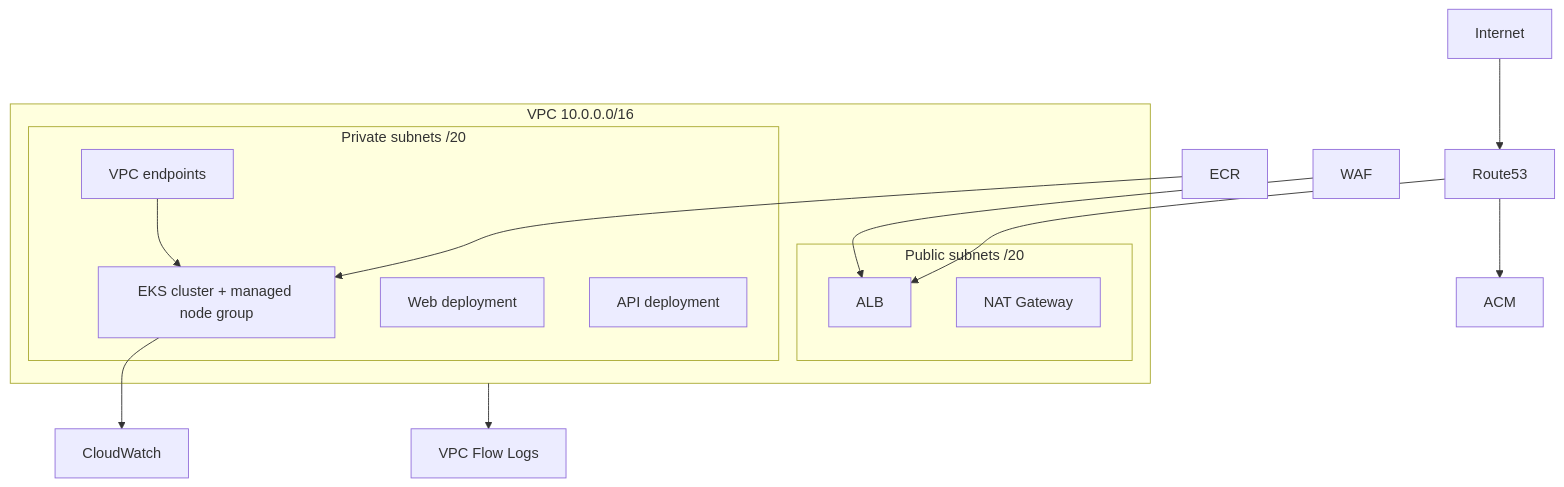
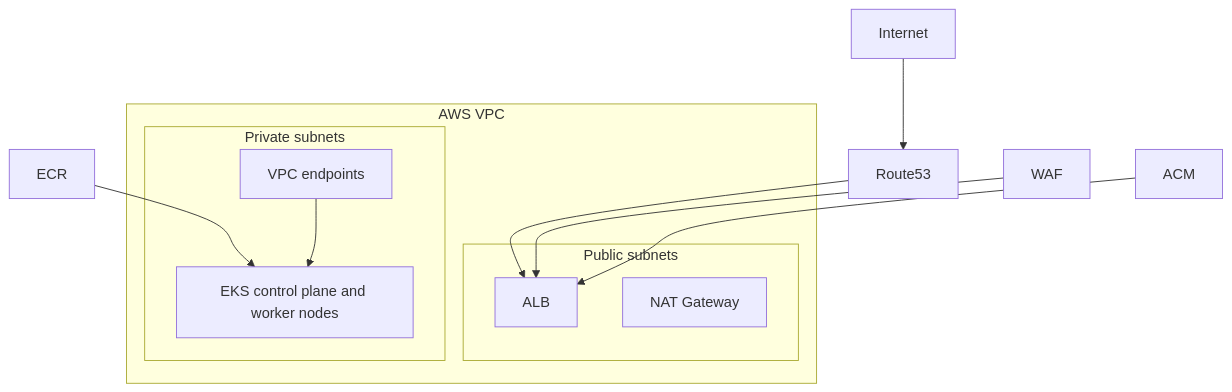
Before and after one commit to yrachakonda/nodejs-weather-docker-poc: the second of 3 diagrams in docs/architecture.md, drawn with Mermaid. The commit also changed other lines of this file and 38 other files, not shown here.

Commit message:
Added Kafka + ELK Stack Observability architecture, updated documentation. (#6)

````diff
--- a/docs/architecture.md
+++ b/docs/architecture.md
@@ -19,26 +26,22 @@
 ```mermaid
 flowchart TB
   Internet --> Route53
-  Route53 --> ACM
   Route53 --> ALB
   WAF --> ALB
+  ACM --> ALB
 
-  subgraph VPC["VPC 10.0.0.0/16"]
-    subgraph Public["Public subnets /20"]
+  subgraph VPC["AWS VPC"]
+    subgraph Public["Public subnets"]
       ALB
       NAT["NAT Gateway"]
     end
 
-    subgraph Private["Private subnets /20"]
-      EKS["EKS cluster + managed node group"]
-      WebUI["Web deployment"]
-      API["API deployment"]
+    subgraph Private["Private subnets"]
+      EKS["EKS control plane and worker nodes"]
       VPCE["VPC endpoints"]
     end
   end
 
   ECR --> EKS
   VPCE --> EKS
-  EKS --> CloudWatch
-  VPC["VPC 10.0.0.0/16"] --> FlowLogs["VPC Flow Logs"]
 ```
````
